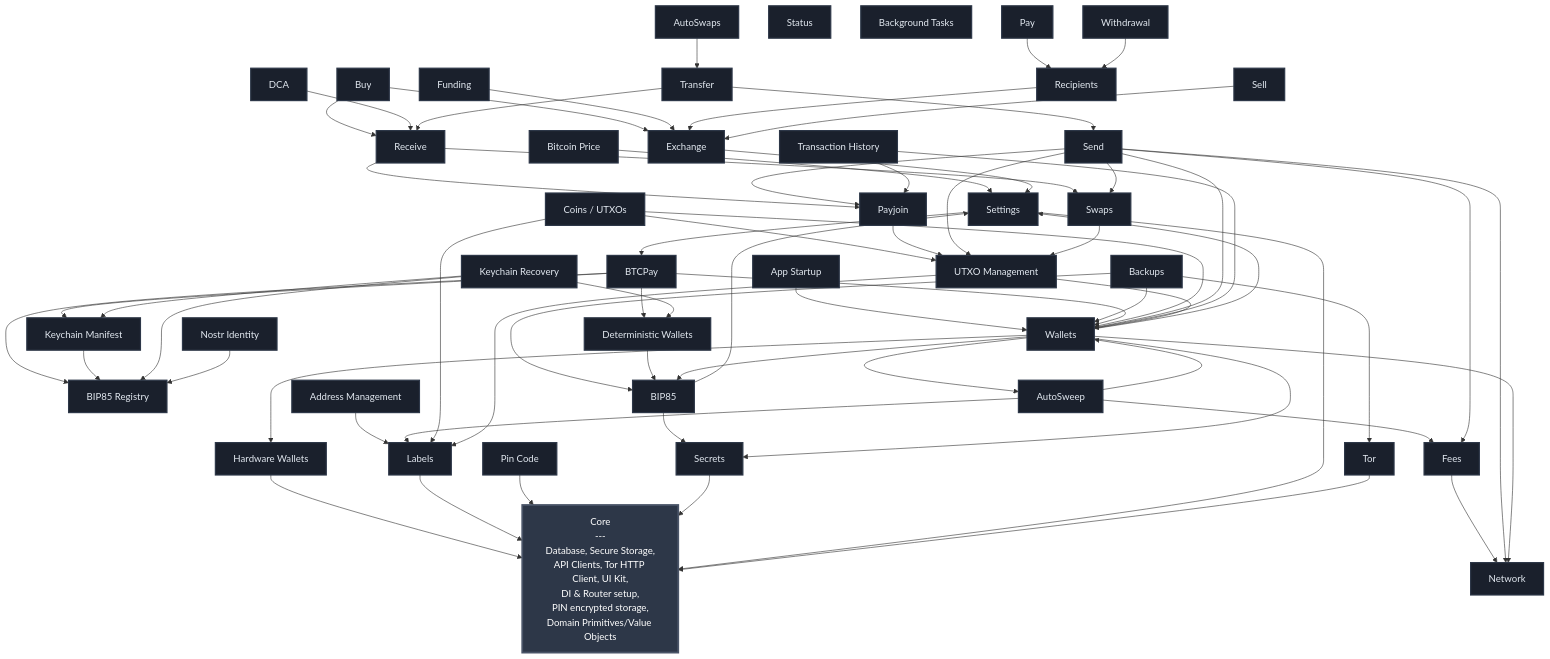
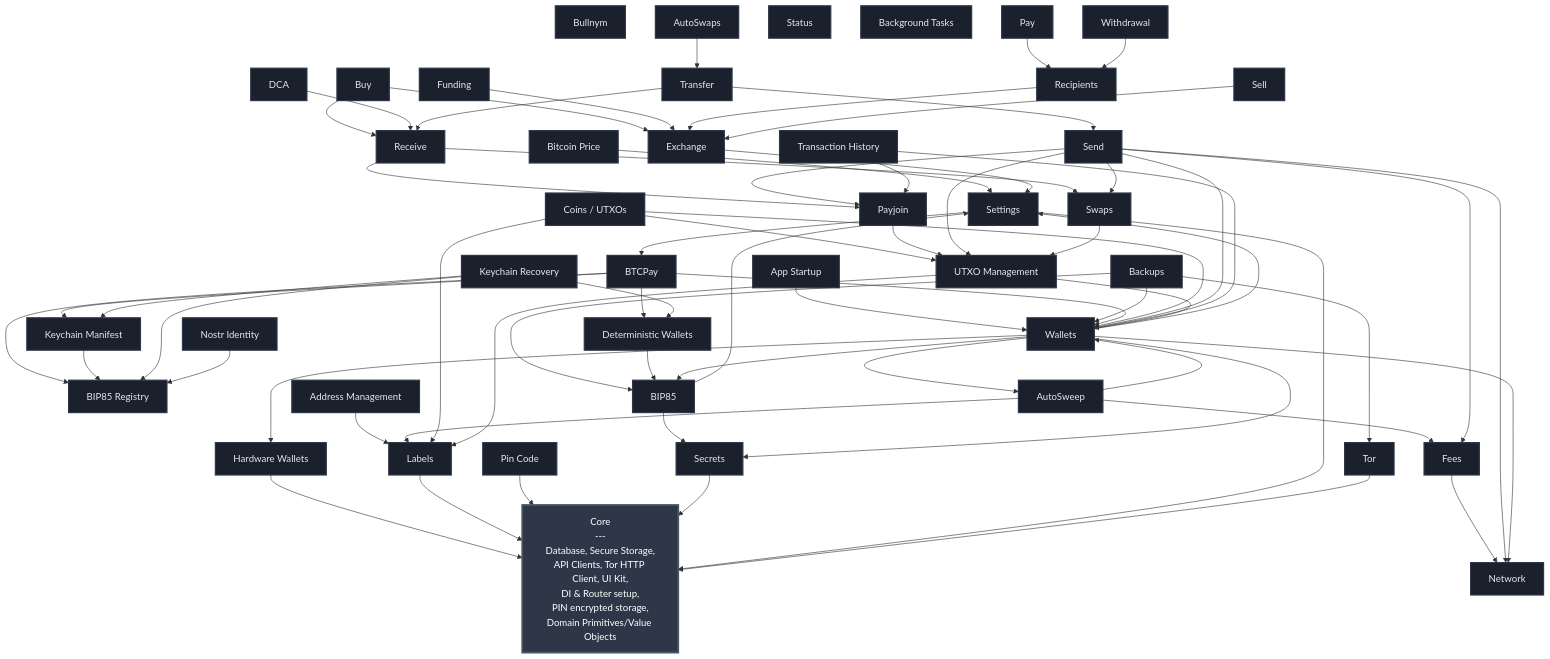
One commit to BullishNode/bullbitcoin-mobile changed the diagram in FEATURES.md. Above: the diagram before and after it, drawn with Mermaid. The commit also changed 8 other files, not shown here.

````diff
--- a/FEATURES.md
+++ b/FEATURES.md
@@ -25,6 +25,7 @@
     KEYCHAIN_MANIFEST[Keychain Manifest]
     KEYCHAIN_RECOVERY[Keychain Recovery]
     NOSTR_IDENTITY[Nostr Identity]
+    BULLNYM[Bullnym]
     NETWORK[Network]
     BIP85[BIP85]
     FEES[Fees]
@@ -132,4 +133,5 @@
     class SETTINGS,TOR,PIN_CODE,LABELS,SECRETS,HW_WALLETS,BTC_PRICE,BTCPAY,BIP85_REGISTRY,DETERMINISTIC_WALLETS,KEYCHAIN_MANIFEST,NETWORK,BIP85,FEES,WALLETS,EXCHANGE,APP_STARTUP,UTXO_MGMT,ADDRESS_MGMT,RECIPIENTS,FUNDING,BACKUPS,SWAPS,PAYJOIN,WITHDRAWAL,STATUS,SEND,RECEIVE,TRANSFER,TX_HISTORY,BG_TASKS,AUTOSWAPS,AUTOSWEEP,DCA,SELL,PAY,BUY featureStyle
     class SETTINGS,TOR,PIN_CODE,LABELS,SECRETS,HW_WALLETS,BTC_PRICE,BTCPAY,BIP85_REGISTRY,DETERMINISTIC_WALLETS,KEYCHAIN_MANIFEST,KEYCHAIN_RECOVERY,NETWORK,BIP85,FEES,WALLETS,EXCHANGE,APP_STARTUP,UTXO_MGMT,ADDRESS_MGMT,RECIPIENTS,FUNDING,BACKUPS,SWAPS,PAYJOIN,WITHDRAWAL,STATUS,SEND,RECEIVE,TRANSFER,TX_HISTORY,BG_TASKS,AUTOSWAPS,AUTOSWEEP,DCA,SELL,PAY,BUY featureStyle
     class SETTINGS,TOR,PIN_CODE,LABELS,SECRETS,HW_WALLETS,BTC_PRICE,BTCPAY,BIP85_REGISTRY,DETERMINISTIC_WALLETS,KEYCHAIN_MANIFEST,KEYCHAIN_RECOVERY,NOSTR_IDENTITY,NETWORK,BIP85,FEES,WALLETS,EXCHANGE,APP_STARTUP,UTXO_MGMT,ADDRESS_MGMT,RECIPIENTS,FUNDING,BACKUPS,SWAPS,PAYJOIN,WITHDRAWAL,STATUS,SEND,RECEIVE,TRANSFER,TX_HISTORY,BG_TASKS,AUTOSWAPS,AUTOSWEEP,DCA,SELL,PAY,BUY featureStyle
+    class SETTINGS,TOR,PIN_CODE,LABELS,SECRETS,HW_WALLETS,BTC_PRICE,BTCPAY,BIP85_REGISTRY,DETERMINISTIC_WALLETS,KEYCHAIN_MANIFEST,KEYCHAIN_RECOVERY,NOSTR_IDENTITY,BULLNYM,NETWORK,BIP85,FEES,WALLETS,EXCHANGE,APP_STARTUP,UTXO_MGMT,ADDRESS_MGMT,RECIPIENTS,FUNDING,BACKUPS,SWAPS,PAYJOIN,WITHDRAWAL,STATUS,SEND,RECEIVE,TRANSFER,TX_HISTORY,BG_TASKS,AUTOSWAPS,AUTOSWEEP,DCA,SELL,PAY,BUY featureStyle
 ```
````
